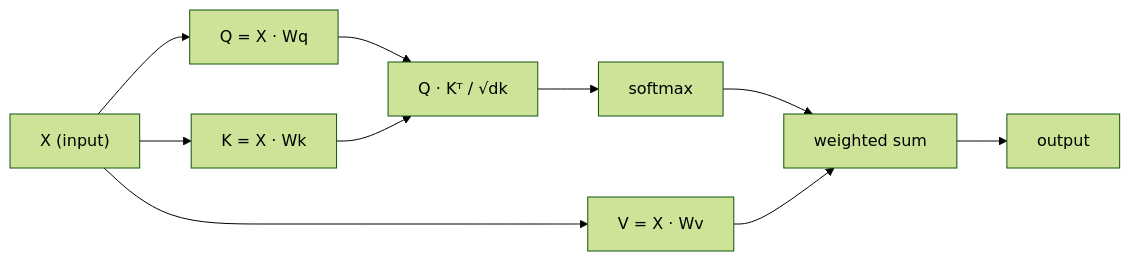
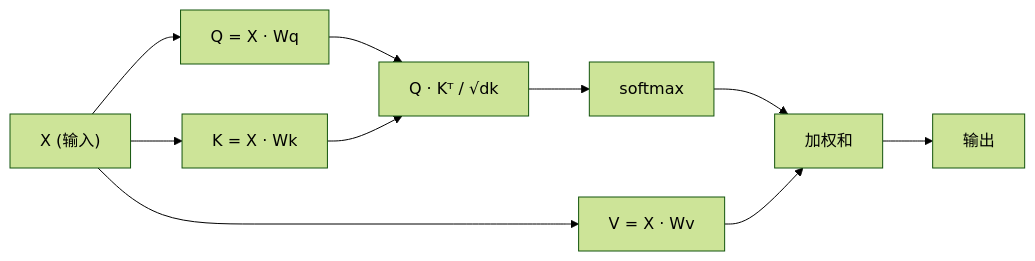
The diagram in lessons/07-transformers-deep-dive/02-self-attention-from-scratch/docs/zh.md (guangningsun/ailearning), drawn with Mermaid (forest theme) before and after one commit. The commit also changed other lines of this file and 16 other files, not shown here.

````diff
--- a/lessons/07-transformers-deep-dive/02-self-attention-from-scratch/docs/zh.md
+++ b/lessons/07-transformers-deep-dive/02-self-attention-from-scratch/docs/zh.md
@@ -147,12 +147,12 @@
 ```mermaid
 flowchart LR
-  X["X (input)"] --> Q["Q = X · Wq"]
+  X["X (输入)"] --> Q["Q = X · Wq"]
   X --> K["K = X · Wk"]
   X --> V["V = X · Wv"]
   Q --> S["Q · Kᵀ / √dk"]
   K --> S
   S --> SM["softmax"]
-  SM --> WS["weighted sum"]
+  SM --> WS["加权和"]
   V --> WS
-  WS --> O["output"]
+  WS --> O["输出"]
 ```
````
